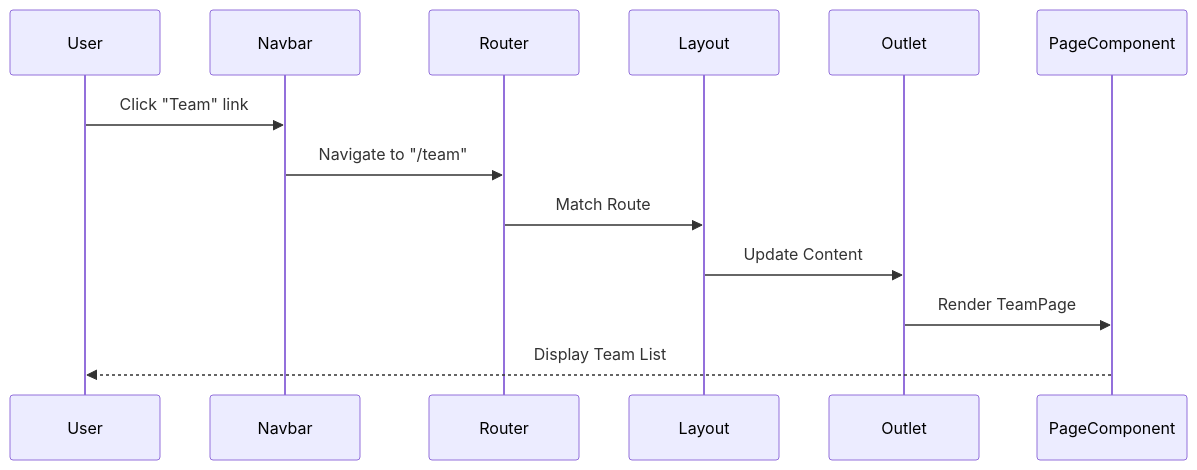
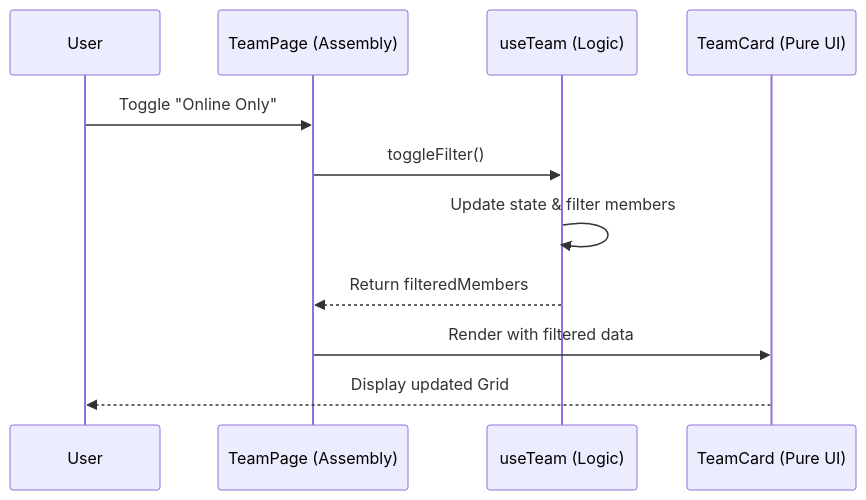
The diagram in docs/sequence_diagram.md (shkwon-cloud/20260204-team_intorduction_site), drawn with Mermaid before and after one commit. The commit also changed other lines of this file and 11 other files, not shown here.

````diff
--- a/docs/sequence_diagram.md
+++ b/docs/sequence_diagram.md
@@ -3,16 +3,14 @@
 ```mermaid
 sequenceDiagram
     participant User
-    participant Navbar
-    participant Router
-    participant Layout
-    participant Outlet
-    participant PageComponent
+    participant Page as TeamPage (Assembly)
+    participant Hook as useTeam (Logic)
+    participant UI as TeamCard (Pure UI)
 
-    User->>Navbar: Click "Team" link
-    Navbar->>Router: Navigate to "/team"
-    Router->>Layout: Match Route
-    Layout->>Outlet: Update Content
-    Outlet->>PageComponent: Render TeamPage
-    PageComponent-->>User: Display Team List
+    User->>Page: Toggle "Online Only"
+    Page->>Hook: toggleFilter()
+    Hook->>Hook: Update state & filter members
+    Hook-->>Page: Return filteredMembers
+    Page->>UI: Render with filtered data
+    UI-->>User: Display updated Grid
 ```
````
